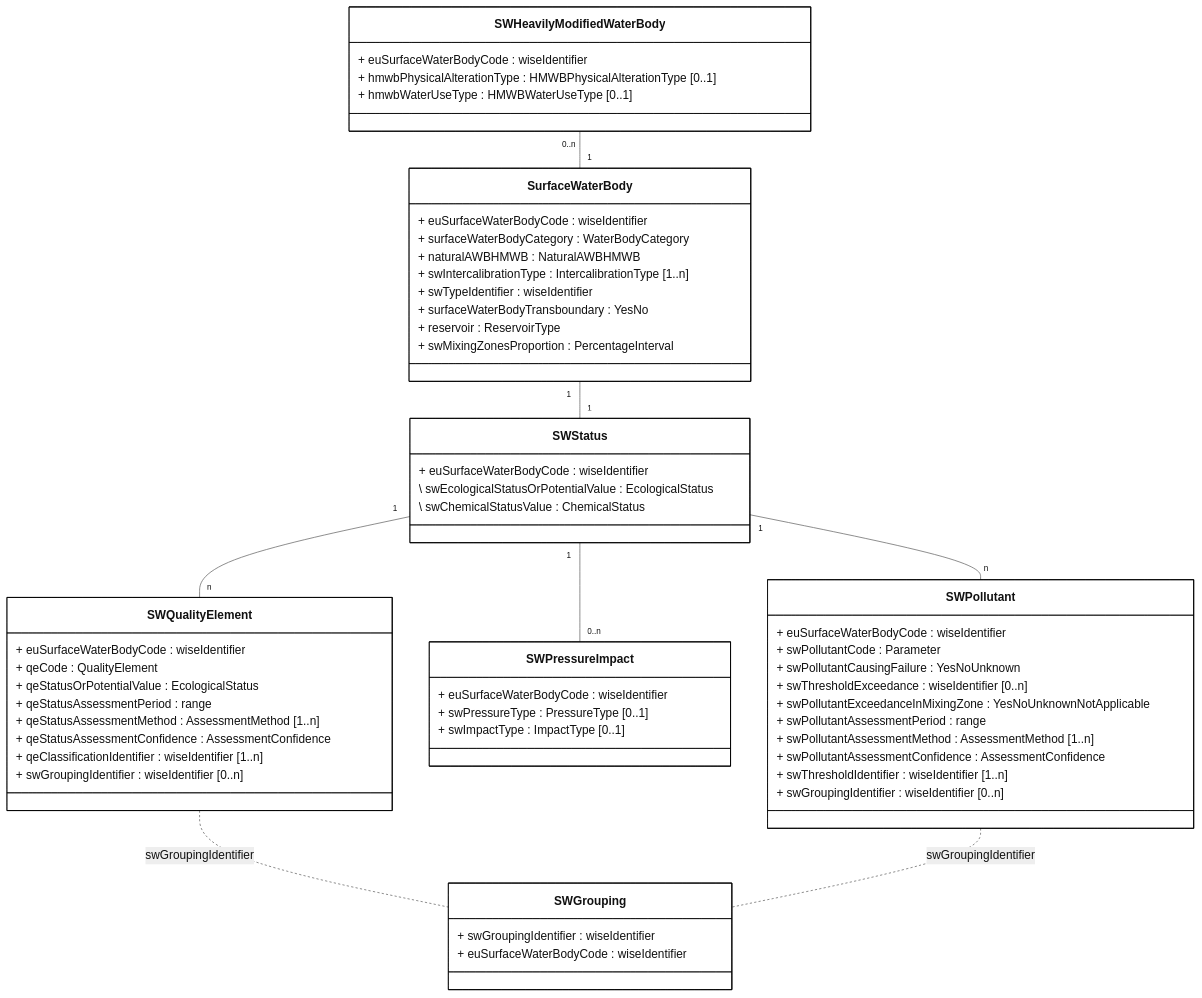
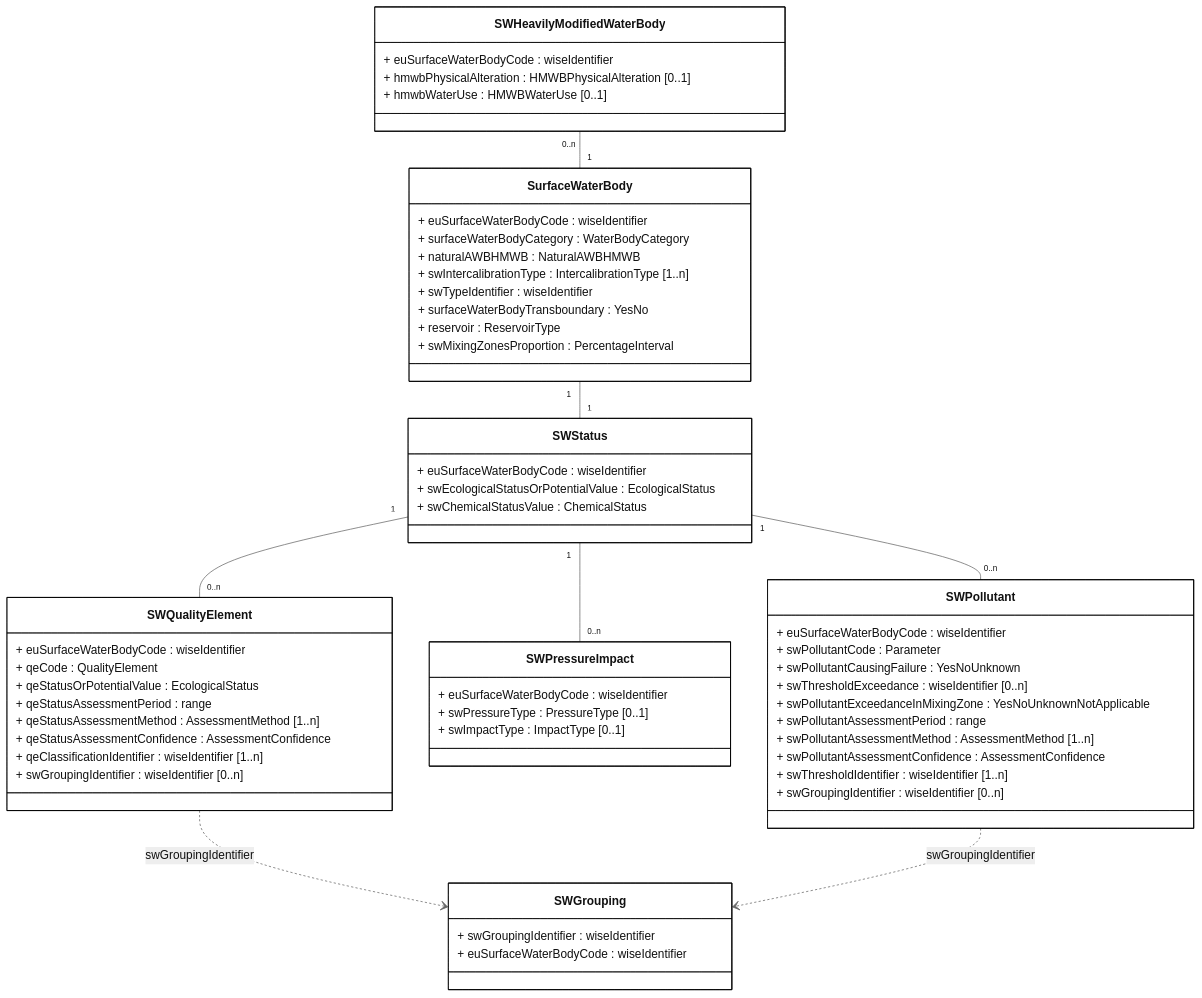
Before and after one commit to eeadata/WISE.WFD.Documentation: the diagram in docs/DataModelReview/mmd/SurfaceWater_4thCycle_DescriptiveData_ClassDiagram.mmd, drawn with Mermaid. The commit also changed 12 other files, not shown here.

```diff
--- a/docs/DataModelReview/mmd/SurfaceWater_4thCycle_DescriptiveData_ClassDiagram.mmd
+++ b/docs/DataModelReview/mmd/SurfaceWater_4thCycle_DescriptiveData_ClassDiagram.mmd
@@ -1,81 +1,81 @@
 ---
 config:
   class:
     hideEmptyMembersBox: true
   layout: dagre
   theme: neutral
 ---
 classDiagram
 direction TB
 
 class SurfaceWaterBody {
     + euSurfaceWaterBodyCode : wiseIdentifier
     + surfaceWaterBodyCategory : WaterBodyCategory
     + naturalAWBHMWB : NaturalAWBHMWB
     + swIntercalibrationType : IntercalibrationType [1..n]
     + swTypeIdentifier : wiseIdentifier
     + surfaceWaterBodyTransboundary : YesNo
     + reservoir : ReservoirType
     + swMixingZonesProportion : PercentageInterval
 }
 
 class SWStatus {
     + euSurfaceWaterBodyCode : wiseIdentifier
-    \ swEcologicalStatusOrPotentialValue : EcologicalStatus
-    \ swChemicalStatusValue : ChemicalStatus
+    + swEcologicalStatusOrPotentialValue : EcologicalStatus
+    + swChemicalStatusValue : ChemicalStatus
 }
 
 class SWPollutant {
     + euSurfaceWaterBodyCode : wiseIdentifier
     + swPollutantCode : Parameter
     + swPollutantCausingFailure : YesNoUnknown
     + swThresholdExceedance : wiseIdentifier [0..n]
     + swPollutantExceedanceInMixingZone : YesNoUnknownNotApplicable
     
     + swPollutantAssessmentPeriod : range
     + swPollutantAssessmentMethod : AssessmentMethod [1..n]
     + swPollutantAssessmentConfidence : AssessmentConfidence
 
     + swThresholdIdentifier : wiseIdentifier [1..n]
     + swGroupingIdentifier : wiseIdentifier [0..n]
 }
 
 class SWPressureImpact {
     + euSurfaceWaterBodyCode : wiseIdentifier
     + swPressureType : PressureType [0..1]
     + swImpactType : ImpactType  [0..1]
 }
 
 class SWHeavilyModifiedWaterBody {
     + euSurfaceWaterBodyCode : wiseIdentifier
-    + hmwbPhysicalAlterationType : HMWBPhysicalAlterationType [0..1]
-    + hmwbWaterUseType : HMWBWaterUseType [0..1]
+    + hmwbPhysicalAlteration : HMWBPhysicalAlteration [0..1]
+    + hmwbWaterUse : HMWBWaterUse [0..1]
 }
 
 class SWQualityElement{
     + euSurfaceWaterBodyCode : wiseIdentifier
     + qeCode : QualityElement
     + qeStatusOrPotentialValue : EcologicalStatus
     + qeStatusAssessmentPeriod : range
     + qeStatusAssessmentMethod : AssessmentMethod [1..n]
     + qeStatusAssessmentConfidence : AssessmentConfidence
     + qeClassificationIdentifier : wiseIdentifier [1..n]
     + swGroupingIdentifier : wiseIdentifier [0..n]
 }
 class SWGrouping{
     + swGroupingIdentifier : wiseIdentifier
     + euSurfaceWaterBodyCode : wiseIdentifier
 }
 
 SWHeavilyModifiedWaterBody "0..n" -- "1" SurfaceWaterBody 
 SurfaceWaterBody "1" -- "1" SWStatus
-SWStatus "1" -- "n" SWQualityElement
+SWStatus "1" -- "0..n" SWQualityElement
 SWStatus "1" -- "0..n" SWPressureImpact
-SWStatus "1" -- "n" SWPollutant
+SWStatus "1" -- "0..n" SWPollutant
 
-SWQualityElement .. SWGrouping : swGroupingIdentifier
-SWPollutant .. SWGrouping : swGroupingIdentifier
+SWQualityElement ..> SWGrouping : swGroupingIdentifier
+SWPollutant ..> SWGrouping : swGroupingIdentifier
 
 classDef default fill:white,stroke:#000;
 classDef forFixing fill:white,stroke:#f00;
 classDef otherDataset fill:lightyellow,stroke:#000;
```
